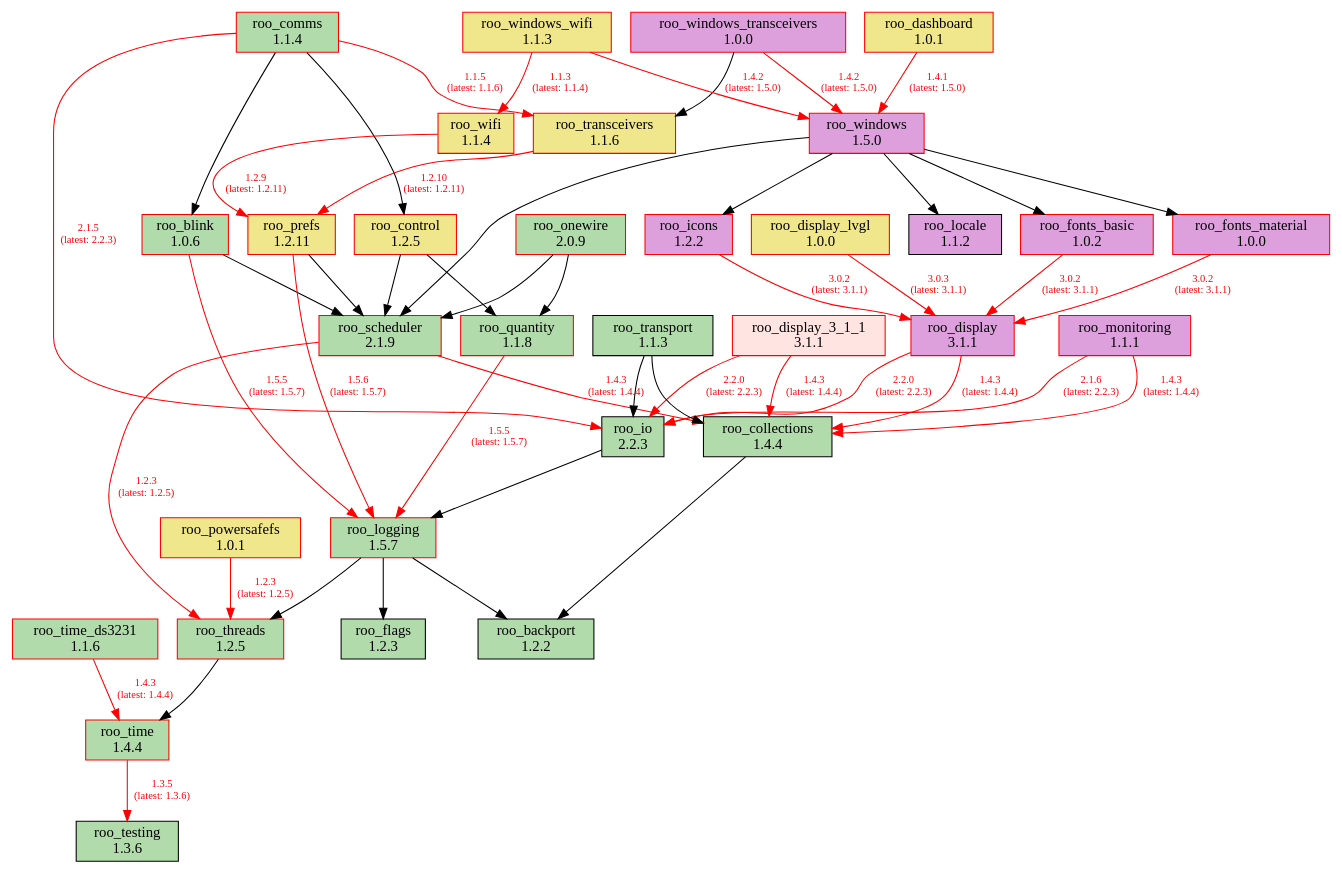
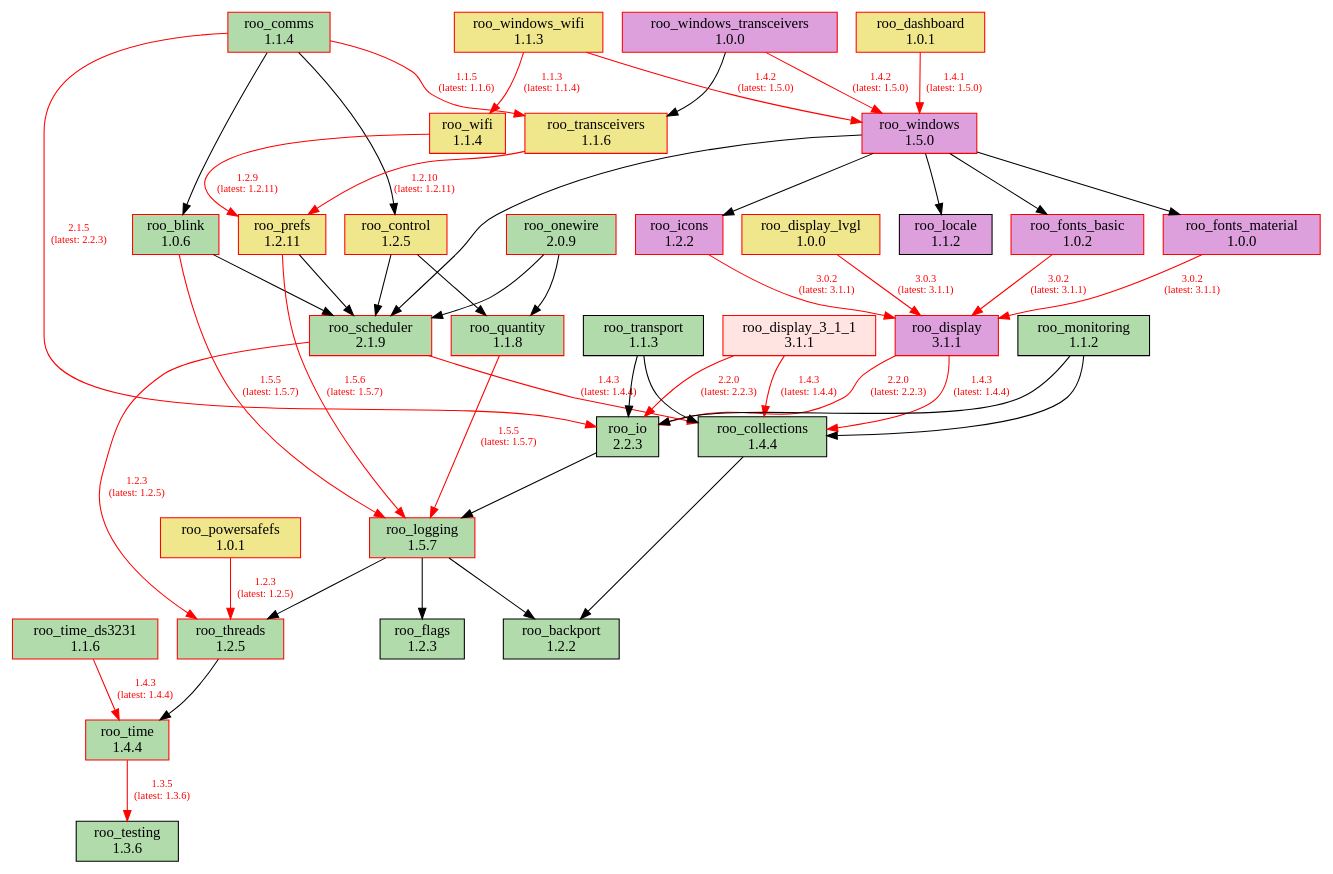
The diagram in doc/dependencies.dot (dejwk/roo-registry), drawn with Graphviz before and after one commit. The commit also changed 3 other files, not shown here.

Commit message:
Added roo_monitoring 1.1.2 to the registry.

```diff
--- a/doc/dependencies.dot
+++ b/doc/dependencies.dot
@@ -1,89 +1,89 @@
 digraph dependencies {
     rankdir=TB;
     node [shape=box, style=filled];
     edge [fontsize=10];
 
     // Modules
     "roo_backport" [label="roo_backport\n1.2.2", fillcolor="#b1dbab", color="black"];
     "roo_blink" [label="roo_blink\n1.0.6", fillcolor="#b1dbab", color="red"];
     "roo_collections" [label="roo_collections\n1.4.4", fillcolor="#b1dbab", color="black"];
     "roo_comms" [label="roo_comms\n1.1.4", fillcolor="#b1dbab", color="red"];
     "roo_control" [label="roo_control\n1.2.5", fillcolor="khaki", color="red"];
     "roo_dashboard" [label="roo_dashboard\n1.0.1", fillcolor="khaki", color="red"];
     "roo_display" [label="roo_display\n3.1.1", fillcolor="plum", color="red"];
     "roo_display_3_1_1" [label="roo_display_3_1_1\n3.1.1", fillcolor="mistyrose", color="red"];
     "roo_display_lvgl" [label="roo_display_lvgl\n1.0.0", fillcolor="khaki", color="red"];
     "roo_flags" [label="roo_flags\n1.2.3", fillcolor="#b1dbab", color="black"];
     "roo_fonts_basic" [label="roo_fonts_basic\n1.0.2", fillcolor="plum", color="red"];
     "roo_fonts_material" [label="roo_fonts_material\n1.0.0", fillcolor="plum", color="red"];
     "roo_icons" [label="roo_icons\n1.2.2", fillcolor="plum", color="red"];
     "roo_io" [label="roo_io\n2.2.3", fillcolor="#b1dbab", color="black"];
     "roo_locale" [label="roo_locale\n1.1.2", fillcolor="plum", color="black"];
     "roo_logging" [label="roo_logging\n1.5.7", fillcolor="#b1dbab", color="red"];
-    "roo_monitoring" [label="roo_monitoring\n1.1.1", fillcolor="plum", color="red"];
+    "roo_monitoring" [label="roo_monitoring\n1.1.2", fillcolor="#b1dbab", color="black"];
     "roo_onewire" [label="roo_onewire\n2.0.9", fillcolor="#b1dbab", color="red"];
     "roo_powersafefs" [label="roo_powersafefs\n1.0.1", fillcolor="khaki", color="red"];
     "roo_prefs" [label="roo_prefs\n1.2.11", fillcolor="khaki", color="red"];
     "roo_quantity" [label="roo_quantity\n1.1.8", fillcolor="#b1dbab", color="red"];
     "roo_scheduler" [label="roo_scheduler\n2.1.9", fillcolor="#b1dbab", color="red"];
     "roo_testing" [label="roo_testing\n1.3.6", fillcolor="#b1dbab", color="black"];
     "roo_threads" [label="roo_threads\n1.2.5", fillcolor="#b1dbab", color="red"];
     "roo_time" [label="roo_time\n1.4.4", fillcolor="#b1dbab", color="red"];
     "roo_time_ds3231" [label="roo_time_ds3231\n1.1.6", fillcolor="#b1dbab", color="red"];
     "roo_transceivers" [label="roo_transceivers\n1.1.6", fillcolor="khaki", color="red"];
     "roo_transport" [label="roo_transport\n1.1.3", fillcolor="#b1dbab", color="black"];
     "roo_wifi" [label="roo_wifi\n1.1.4", fillcolor="khaki", color="red"];
     "roo_windows" [label="roo_windows\n1.5.0", fillcolor="plum", color="red"];
     "roo_windows_transceivers" [label="roo_windows_transceivers\n1.0.0", fillcolor="plum", color="red"];
     "roo_windows_wifi" [label="roo_windows_wifi\n1.1.3", fillcolor="khaki", color="red"];
 
     // Dependencies
     "roo_blink" -> "roo_logging" [color=red, fontcolor=red, label="1.5.5\n(latest: 1.5.7)"];
     "roo_blink" -> "roo_scheduler";
     "roo_collections" -> "roo_backport";
     "roo_comms" -> "roo_blink";
     "roo_comms" -> "roo_control";
     "roo_comms" -> "roo_io" [color=red, fontcolor=red, label="2.1.5\n(latest: 2.2.3)"];
     "roo_comms" -> "roo_transceivers" [color=red, fontcolor=red, label="1.1.5\n(latest: 1.1.6)"];
     "roo_control" -> "roo_quantity";
     "roo_control" -> "roo_scheduler";
     "roo_dashboard" -> "roo_windows" [color=red, fontcolor=red, label="1.4.1\n(latest: 1.5.0)"];
     "roo_display" -> "roo_collections" [color=red, fontcolor=red, label="1.4.3\n(latest: 1.4.4)"];
     "roo_display" -> "roo_io" [color=red, fontcolor=red, label="2.2.0\n(latest: 2.2.3)"];
     "roo_display_3_1_1" -> "roo_collections" [color=red, fontcolor=red, label="1.4.3\n(latest: 1.4.4)"];
     "roo_display_3_1_1" -> "roo_io" [color=red, fontcolor=red, label="2.2.0\n(latest: 2.2.3)"];
     "roo_display_lvgl" -> "roo_display" [color=red, fontcolor=red, label="3.0.3\n(latest: 3.1.1)"];
     "roo_fonts_basic" -> "roo_display" [color=red, fontcolor=red, label="3.0.2\n(latest: 3.1.1)"];
     "roo_fonts_material" -> "roo_display" [color=red, fontcolor=red, label="3.0.2\n(latest: 3.1.1)"];
     "roo_icons" -> "roo_display" [color=red, fontcolor=red, label="3.0.2\n(latest: 3.1.1)"];
     "roo_io" -> "roo_logging";
     "roo_logging" -> "roo_backport";
     "roo_logging" -> "roo_flags";
     "roo_logging" -> "roo_threads";
-    "roo_monitoring" -> "roo_collections" [color=red, fontcolor=red, label="1.4.3\n(latest: 1.4.4)"];
-    "roo_monitoring" -> "roo_io" [color=red, fontcolor=red, label="2.1.6\n(latest: 2.2.3)"];
+    "roo_monitoring" -> "roo_collections";
+    "roo_monitoring" -> "roo_io";
     "roo_onewire" -> "roo_scheduler";
     "roo_onewire" -> "roo_quantity";
     "roo_powersafefs" -> "roo_threads" [color=red, fontcolor=red, label="1.2.3\n(latest: 1.2.5)"];
     "roo_prefs" -> "roo_logging" [color=red, fontcolor=red, label="1.5.6\n(latest: 1.5.7)"];
     "roo_prefs" -> "roo_scheduler";
     "roo_quantity" -> "roo_logging" [color=red, fontcolor=red, label="1.5.5\n(latest: 1.5.7)"];
     "roo_scheduler" -> "roo_collections" [color=red, fontcolor=red, label="1.4.3\n(latest: 1.4.4)"];
     "roo_scheduler" -> "roo_threads" [color=red, fontcolor=red, label="1.2.3\n(latest: 1.2.5)"];
     "roo_threads" -> "roo_time";
     "roo_time" -> "roo_testing" [color=red, fontcolor=red, label="1.3.5\n(latest: 1.3.6)"];
     "roo_time_ds3231" -> "roo_time" [color=red, fontcolor=red, label="1.4.3\n(latest: 1.4.4)"];
     "roo_transceivers" -> "roo_prefs" [color=red, fontcolor=red, label="1.2.10\n(latest: 1.2.11)"];
     "roo_transport" -> "roo_collections";
     "roo_transport" -> "roo_io";
     "roo_wifi" -> "roo_prefs" [color=red, fontcolor=red, label="1.2.9\n(latest: 1.2.11)"];
     "roo_windows" -> "roo_fonts_basic";
     "roo_windows" -> "roo_fonts_material";
     "roo_windows" -> "roo_locale";
     "roo_windows" -> "roo_icons";
     "roo_windows" -> "roo_scheduler";
     "roo_windows_transceivers" -> "roo_transceivers";
     "roo_windows_transceivers" -> "roo_windows" [color=red, fontcolor=red, label="1.4.2\n(latest: 1.5.0)"];
     "roo_windows_wifi" -> "roo_wifi" [color=red, fontcolor=red, label="1.1.3\n(latest: 1.1.4)"];
     "roo_windows_wifi" -> "roo_windows" [color=red, fontcolor=red, label="1.4.2\n(latest: 1.5.0)"];
 }
```
